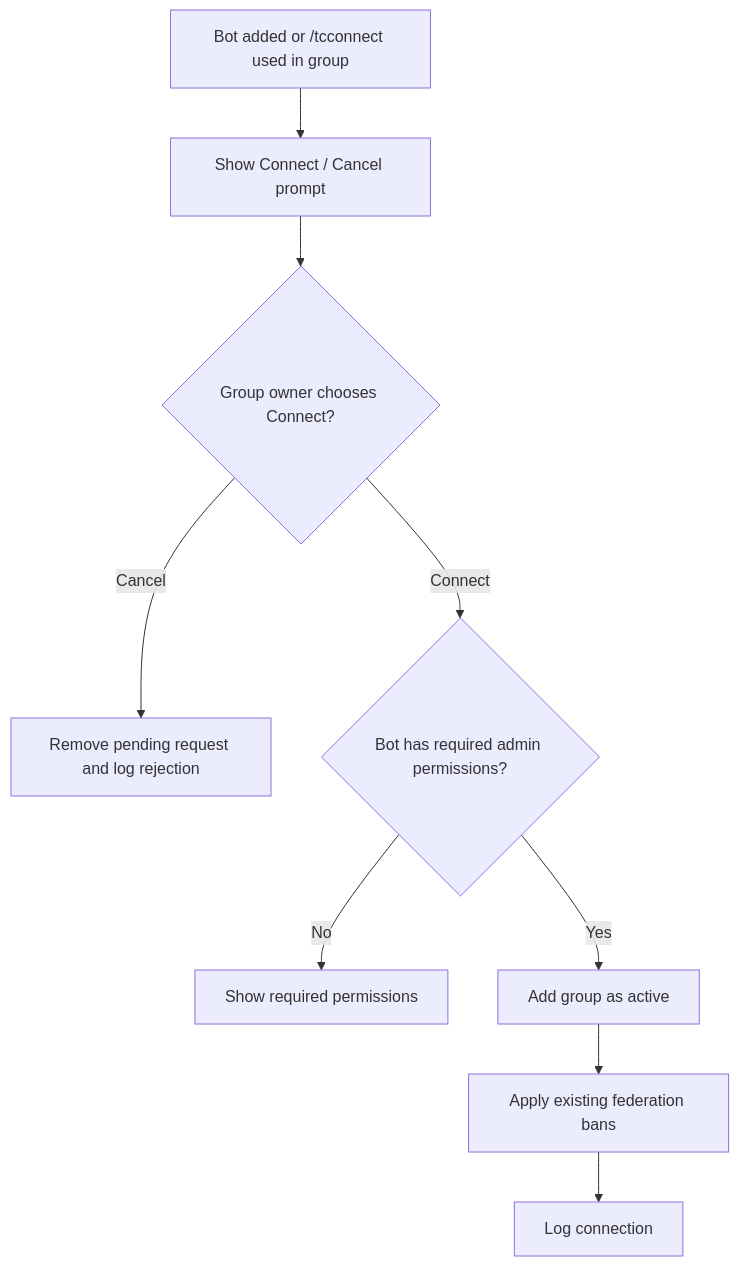
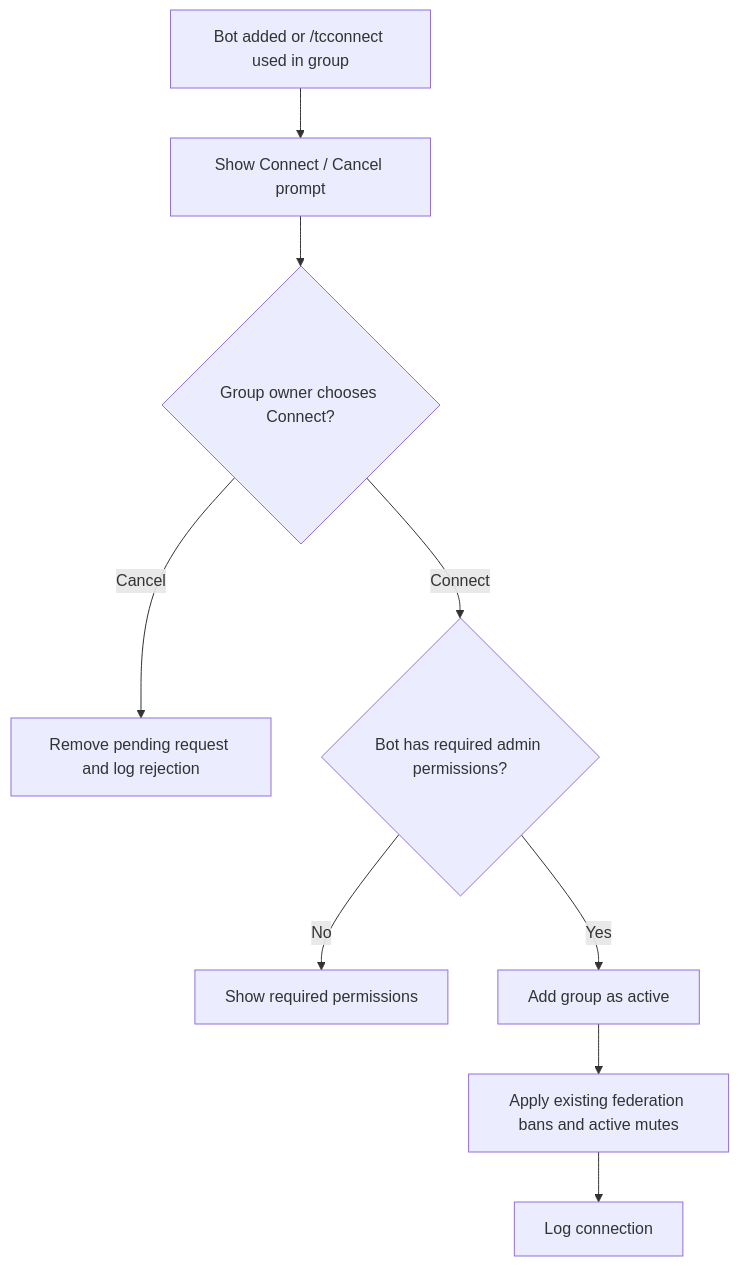
The fourth of 4 diagrams in docs/workflows.md (D1ZZY4/tcbot), drawn with Mermaid before and after one commit. The commit also changed other lines of this file and 13 other files, not shown here.

````diff
--- a/docs/workflows.md
+++ b/docs/workflows.md
@@ -92,11 +92,11 @@
 ```mermaid
 flowchart TD
     A[Bot added or /tcconnect used in group] --> B[Show Connect / Cancel prompt]
     B --> C{Group owner chooses Connect?}
     C -- Cancel --> X[Remove pending request and log rejection]
     C -- Connect --> D{Bot has required admin permissions?}
     D -- No --> E[Show required permissions]
     D -- Yes --> F[Add group as active]
-    F --> G[Apply existing federation bans]
+    F --> G[Apply existing federation bans and active mutes]
     G --> H[Log connection]
 ```
````
